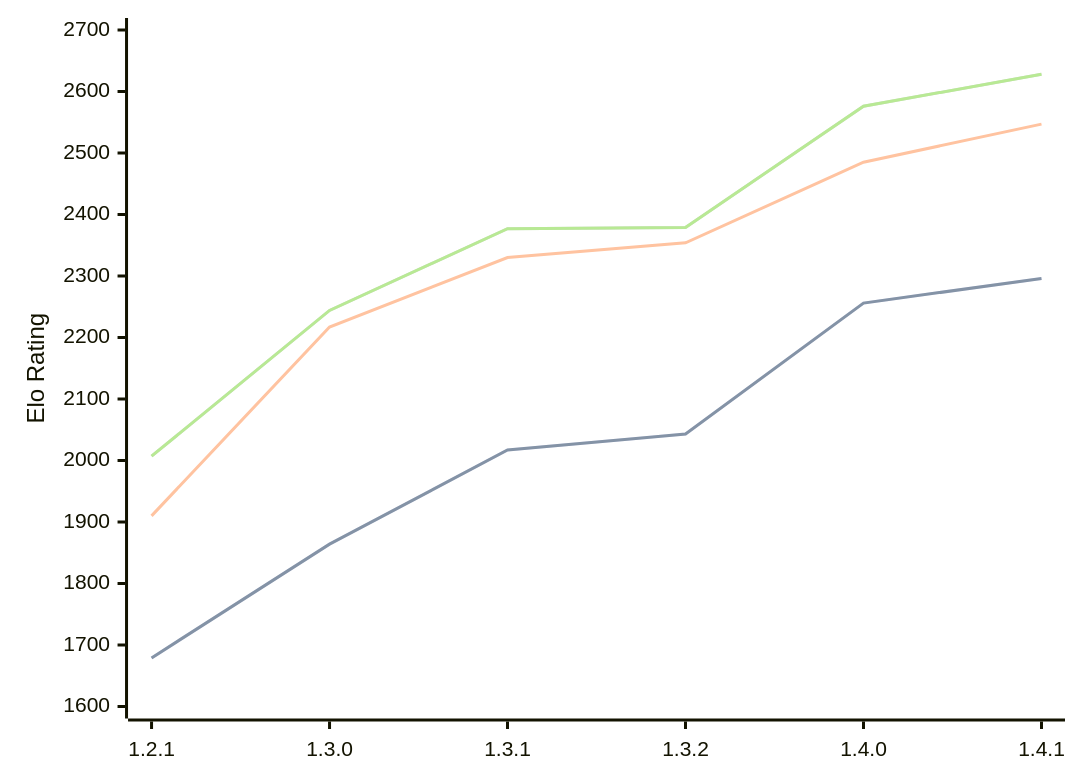
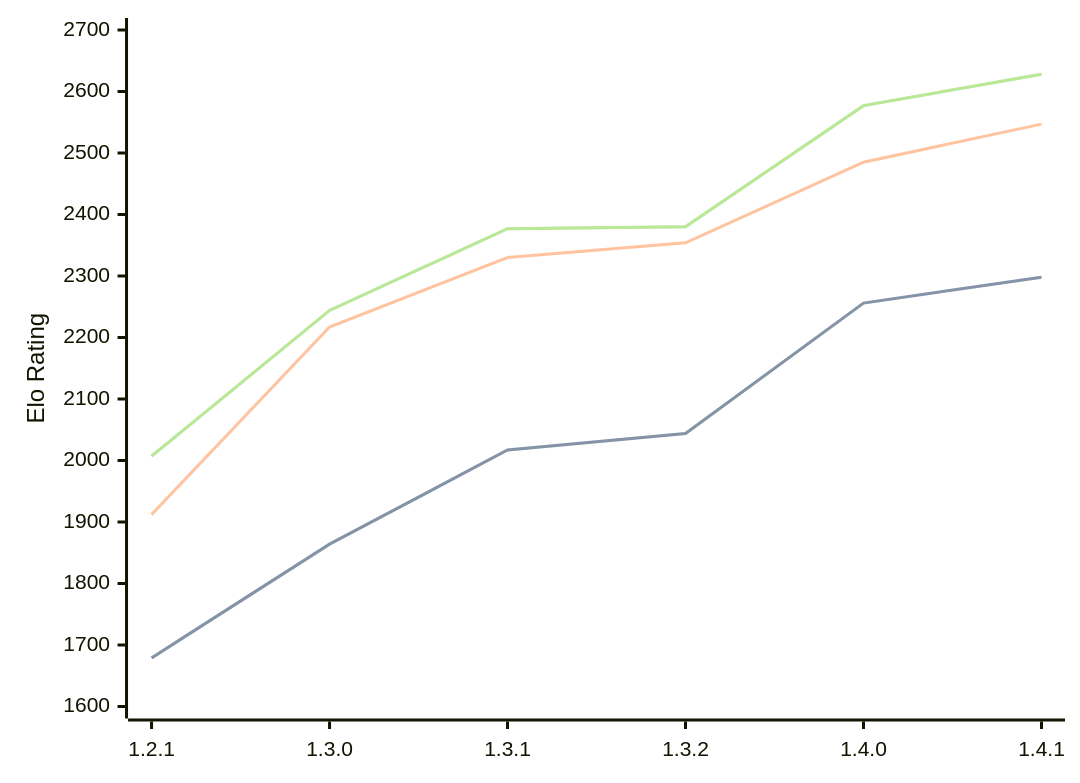
One commit to computer-chess-index/cci changed the diagram in engines/Chal.md. Above: the diagram before and after it, drawn with Mermaid. The commit also changed other lines of this file, not shown here.

Commit message:
Update CCI Ratings (ELO VLTC) - 2026-05-21

````diff
--- a/engines/Chal.md
+++ b/engines/Chal.md
@@ -39,11 +39,11 @@
 ```mermaid
 %%{init: {"theme":"base","themeVariables":{"seriesColors:['#a3a3a3','#222221','#faa371']}}}%%
 xychart-beta
   x-axis ["1.2.1", "1.3.0", "1.3.1", "1.3.2", "1.4.0", "1.4.1"]
   y-axis "Elo Rating" 1600 --> 2700
-  line "STC (8.0+0.08s)" [1679, 1864, 2017, 2043, 2256, 2296]
-  line "STC (8.0+0.08s)" [1679, 1864, 2017, 2043, 2256, 2296]
-  line "LTC (60.0+0.60s)" [1910, 2217, 2330, 2354, 2485, 2547]
-  line "VLTC (2m24s+1.12s)" [2007, 2244, 2377, 2379, 2576, 2628]
-  line "VLTC (2m24s+1.12s)" [2007, 2244, 2377, 2379, 2576, 2628]
+  line "STC (8.0+0.08s)" [1679, 1864, 2017, 2044, 2256, 2298]
+  line "STC (8.0+0.08s)" [1679, 1864, 2017, 2044, 2256, 2298]
+  line "LTC (60.0+0.60s)" [1912, 2217, 2330, 2354, 2485, 2547]
+  line "VLTC (2m24s+1.12s)" [2007, 2244, 2377, 2380, 2577, 2628]
+  line "VLTC (2m24s+1.12s)" [2007, 2244, 2377, 2380, 2577, 2628]
 ```
````
